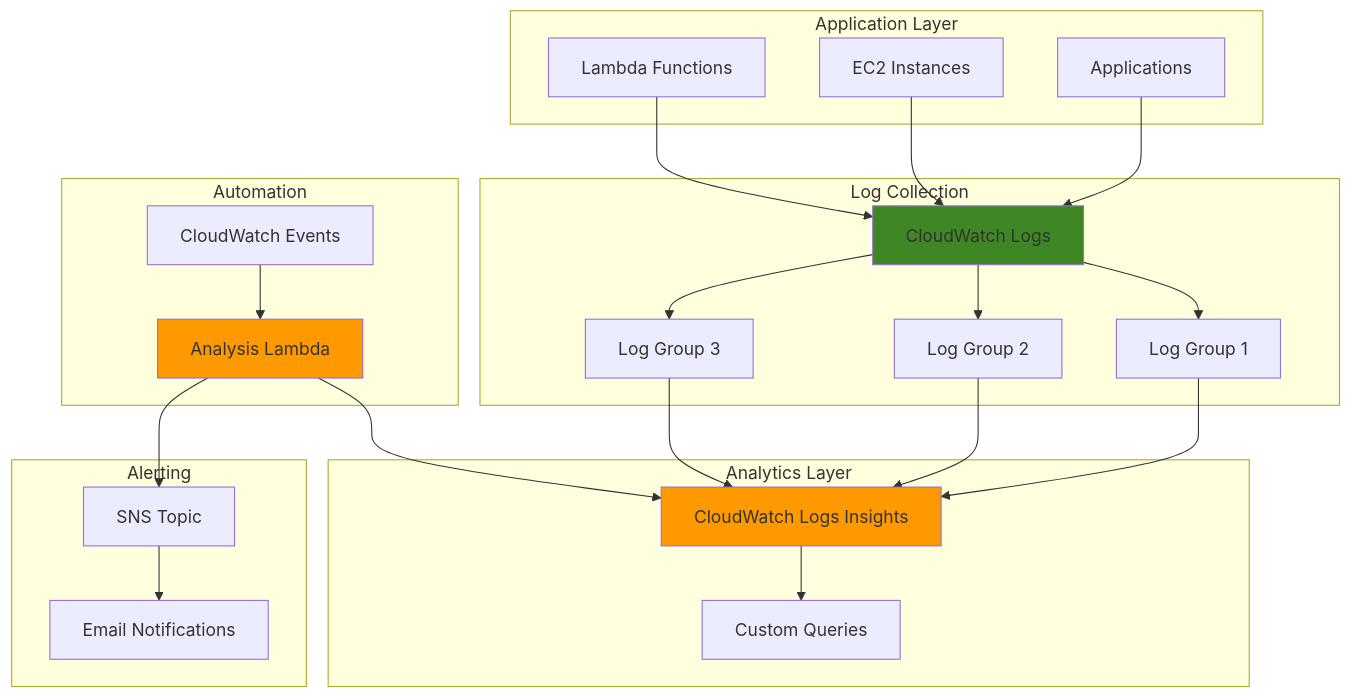
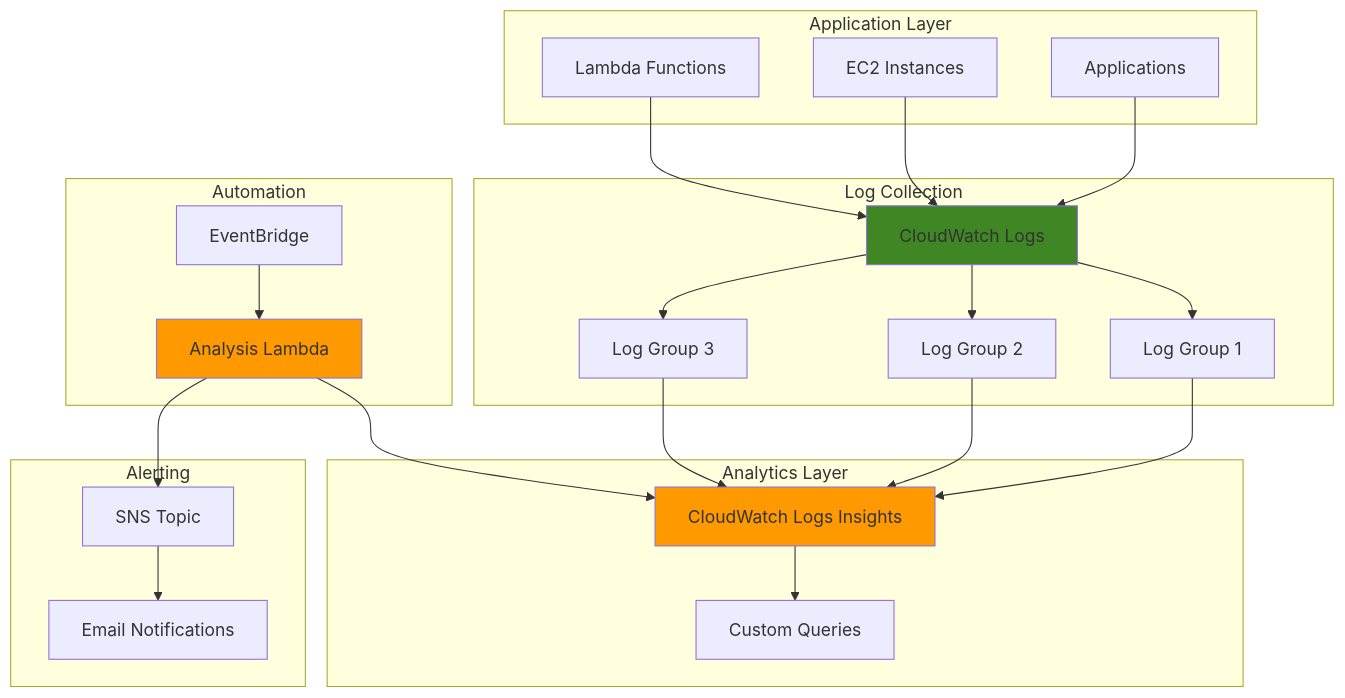
Before and after one commit to mzazon/awesome-cloud-projects: the diagram in aws/cloudwatch-log-analytics/cloudwatch-log-analytics.md, drawn with Mermaid. The commit also changed other lines of this file and 5530 other files, not shown here.

````diff
--- a/aws/cloudwatch-log-analytics/cloudwatch-log-analytics.md
+++ b/aws/cloudwatch-log-analytics/cloudwatch-log-analytics.md
@@ -30,49 +30,49 @@
 ```mermaid
 graph TB
     subgraph "Application Layer"
         APP[Applications]
         EC2[EC2 Instances]
         LAMBDA1[Lambda Functions]
     end
     
     subgraph "Log Collection"
         CWL[CloudWatch Logs]
         LG1[Log Group 1]
         LG2[Log Group 2]
         LG3[Log Group 3]
     end
     
     subgraph "Analytics Layer"
         INSIGHTS[CloudWatch Logs Insights]
         QUERIES[Custom Queries]
     end
     
     subgraph "Automation"
         LAMBDA2[Analysis Lambda]
-        CWE[CloudWatch Events]
+        EB[EventBridge]
     end
     
     subgraph "Alerting"
         SNS[SNS Topic]
         EMAIL[Email Notifications]
     end
     
     APP-->CWL
     EC2-->CWL
     LAMBDA1-->CWL
     CWL-->LG1
     CWL-->LG2
     CWL-->LG3
     LG1-->INSIGHTS
     LG2-->INSIGHTS
     LG3-->INSIGHTS
     INSIGHTS-->QUERIES
-    CWE-->LAMBDA2
+    EB-->LAMBDA2
     LAMBDA2-->INSIGHTS
     LAMBDA2-->SNS
     SNS-->EMAIL
     
     style INSIGHTS fill:#FF9900
     style CWL fill:#3F8624
     style LAMBDA2 fill:#FF9900
 ```
````
